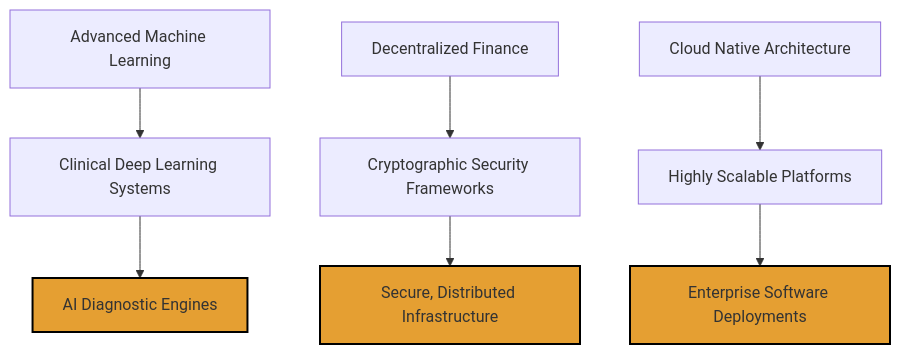
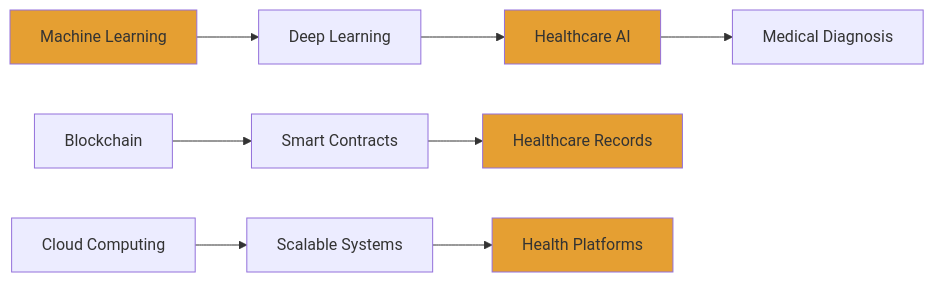
One commit to Sammy2266/Sammy2266 changed the second of 2 diagrams in README.md. Above: the diagram before and after it, drawn with Mermaid. The commit also changed other lines of this file, not shown here.

````diff
--- a/README.md
+++ b/README.md
@@ -75,16 +308,15 @@
 ```mermaid
-graph TD
-    A[Advanced Machine Learning] --> B[Clinical Deep Learning Systems]
-    B --> C[AI Diagnostic Engines]
-    
-    D[Decentralized Finance] --> E[Cryptographic Security Frameworks]
-    E --> F[Secure, Distributed Infrastructure]
-    
-    G[Cloud Native Architecture] --> H[Highly Scalable Platforms]
-    H --> I[Enterprise Software Deployments]
+graph LR
+    A[Machine Learning] --> B[Deep Learning]
+    B --> C[Healthcare AI]
+    C --> D[Medical Diagnosis]
+    E[Blockchain] --> F[Smart Contracts]
+    F --> G[Healthcare Records]
+    H[Cloud Computing] --> I[Scalable Systems]
+    I --> J[Health Platforms]
 
-    style C fill:#E59F32,stroke:#000,stroke-width:2px
-    style F fill:#E59F32,stroke:#000,stroke-width:2px
-    style I fill:#E59F32,stroke:#000,stroke-width:2px
-
+    style A fill:#E59F32
+    style C fill:#E59F32
+    style G fill:#E59F32
+    style J fill:#E59F32
 ```
````
